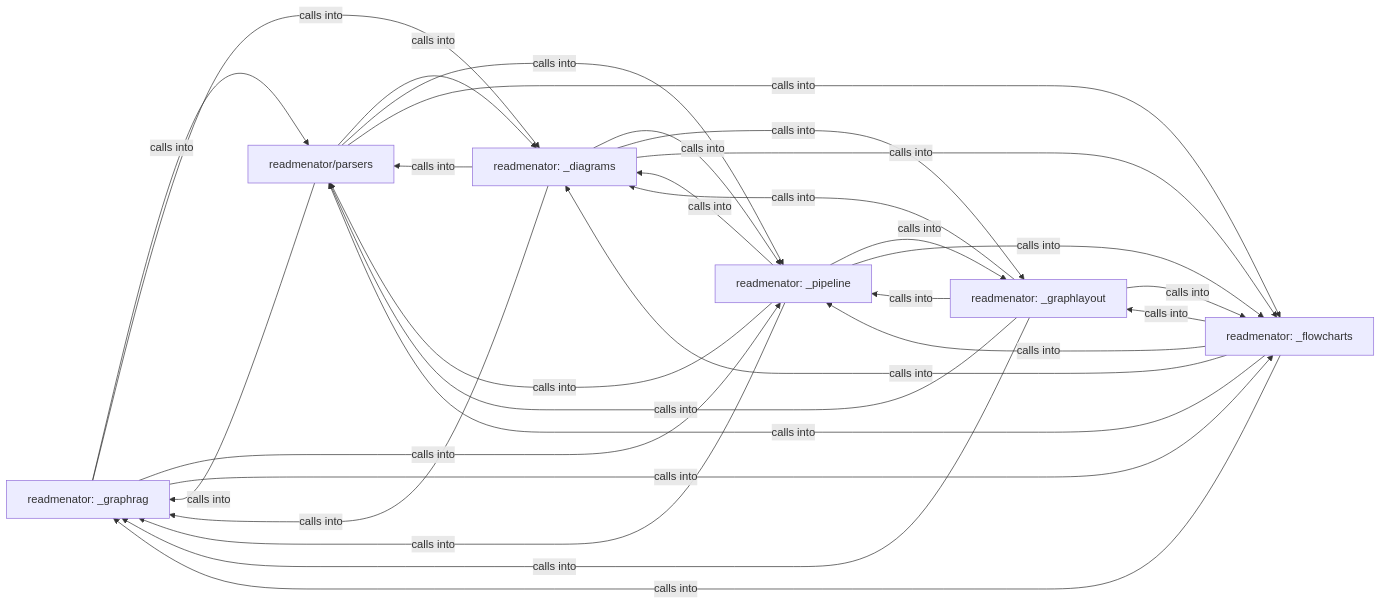
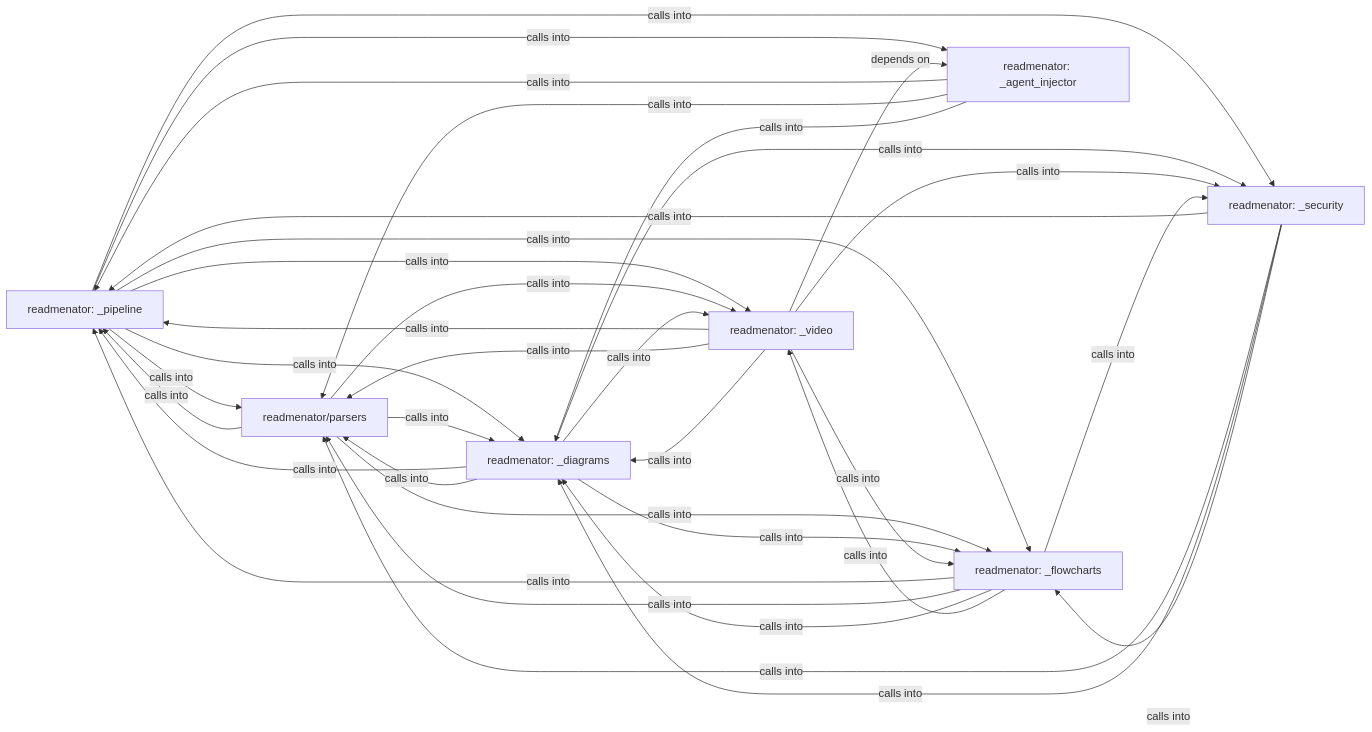
One commit to grisuno/ReadMenator changed the diagram in readmenator-diagrams/overview.md. Above: the diagram before and after it, drawn with Mermaid. The commit also changed other lines of this file and 225 other files, not shown here.

````diff
--- a/readmenator-diagrams/overview.md
+++ b/readmenator-diagrams/overview.md
@@ -1,43 +1,49 @@
 ```mermaid
 graph LR
-    readmenator__graphrag["readmenator: _graphrag"]
+    readmenator__pipeline["readmenator: _pipeline"]
     readmenator_parsers["readmenator/parsers"]
     readmenator__diagrams["readmenator: _diagrams"]
-    readmenator__pipeline["readmenator: _pipeline"]
-    readmenator__graphlayout["readmenator: _graphlayout"]
+    readmenator__video["readmenator: _video"]
     readmenator__flowcharts["readmenator: _flowcharts"]
-    readmenator__graphrag -- "calls into" --> readmenator_parsers
-    readmenator__graphrag -- "calls into" --> readmenator__diagrams
-    readmenator__graphrag -- "calls into" --> readmenator__pipeline
-    readmenator__graphrag -- "calls into" --> readmenator__flowcharts
-    readmenator_parsers -- "calls into" --> readmenator__graphrag
-    readmenator_parsers -- "calls into" --> readmenator__diagrams
-    readmenator_parsers -- "calls into" --> readmenator__pipeline
-    readmenator_parsers -- "calls into" --> readmenator__flowcharts
-    readmenator__diagrams -- "calls into" --> readmenator__graphrag
-    readmenator__diagrams -- "calls into" --> readmenator_parsers
-    readmenator__diagrams -- "calls into" --> readmenator__pipeline
-    readmenator__diagrams -- "calls into" --> readmenator__graphlayout
-    readmenator__diagrams -- "calls into" --> readmenator__flowcharts
-    readmenator__pipeline -- "calls into" --> readmenator__graphrag
+    readmenator__security["readmenator: _security"]
+    readmenator__agent_injector["readmenator: _agent_injector"]
     readmenator__pipeline -- "calls into" --> readmenator_parsers
     readmenator__pipeline -- "calls into" --> readmenator__diagrams
-    readmenator__pipeline -- "calls into" --> readmenator__graphlayout
+    readmenator__pipeline -- "calls into" --> readmenator__video
     readmenator__pipeline -- "calls into" --> readmenator__flowcharts
-    readmenator__graphlayout -- "calls into" --> readmenator__graphrag
-    readmenator__graphlayout -- "calls into" --> readmenator_parsers
-    readmenator__graphlayout -- "calls into" --> readmenator__diagrams
-    readmenator__graphlayout -- "calls into" --> readmenator__pipeline
-    readmenator__graphlayout -- "calls into" --> readmenator__flowcharts
-    readmenator__flowcharts -- "calls into" --> readmenator__graphrag
+    readmenator__pipeline -- "calls into" --> readmenator__security
+    readmenator__pipeline -- "calls into" --> readmenator__agent_injector
+    readmenator_parsers -- "calls into" --> readmenator__pipeline
+    readmenator_parsers -- "calls into" --> readmenator__diagrams
+    readmenator_parsers -- "calls into" --> readmenator__video
+    readmenator_parsers -- "calls into" --> readmenator__flowcharts
+    readmenator__diagrams -- "calls into" --> readmenator__pipeline
+    readmenator__diagrams -- "calls into" --> readmenator_parsers
+    readmenator__diagrams -- "calls into" --> readmenator__video
+    readmenator__diagrams -- "calls into" --> readmenator__flowcharts
+    readmenator__diagrams -- "calls into" --> readmenator__security
+    readmenator__video -- "calls into" --> readmenator__pipeline
+    readmenator__video -- "calls into" --> readmenator_parsers
+    readmenator__video -- "calls into" --> readmenator__diagrams
+    readmenator__video -- "calls into" --> readmenator__flowcharts
+    readmenator__video -- "calls into" --> readmenator__security
+    readmenator__video -- "depends on" --> readmenator__agent_injector
+    readmenator__flowcharts -- "calls into" --> readmenator__pipeline
     readmenator__flowcharts -- "calls into" --> readmenator_parsers
     readmenator__flowcharts -- "calls into" --> readmenator__diagrams
-    readmenator__flowcharts -- "calls into" --> readmenator__pipeline
-    readmenator__flowcharts -- "calls into" --> readmenator__graphlayout
-    click readmenator__graphrag href "./readmenator__graphrag.md" "Details"
+    readmenator__flowcharts -- "calls into" --> readmenator__video
+    readmenator__flowcharts -- "calls into" --> readmenator__security
+    readmenator__security -- "calls into" --> readmenator__pipeline
+    readmenator__security -- "calls into" --> readmenator_parsers
+    readmenator__security -- "calls into" --> readmenator__diagrams
+    readmenator__security -- "calls into" --> readmenator__flowcharts
+    readmenator__agent_injector -- "calls into" --> readmenator__pipeline
+    readmenator__agent_injector -- "calls into" --> readmenator_parsers
+    readmenator__agent_injector -- "calls into" --> readmenator__diagrams
+    click readmenator__pipeline href "./readmenator__pipeline.md" "Details"
     click readmenator_parsers href "./readmenator_parsers.md" "Details"
     click readmenator__diagrams href "./readmenator__diagrams.md" "Details"
-    click readmenator__pipeline href "./readmenator__pipeline.md" "Details"
-    click readmenator__graphlayout href "./readmenator__graphlayout.md" "Details"
+    click readmenator__video href "./readmenator__video.md" "Details"
     click readmenator__flowcharts href "./readmenator__flowcharts.md" "Details"
+    click readmenator__security href "./readmenator__security.md" "Details"
 ```
````
